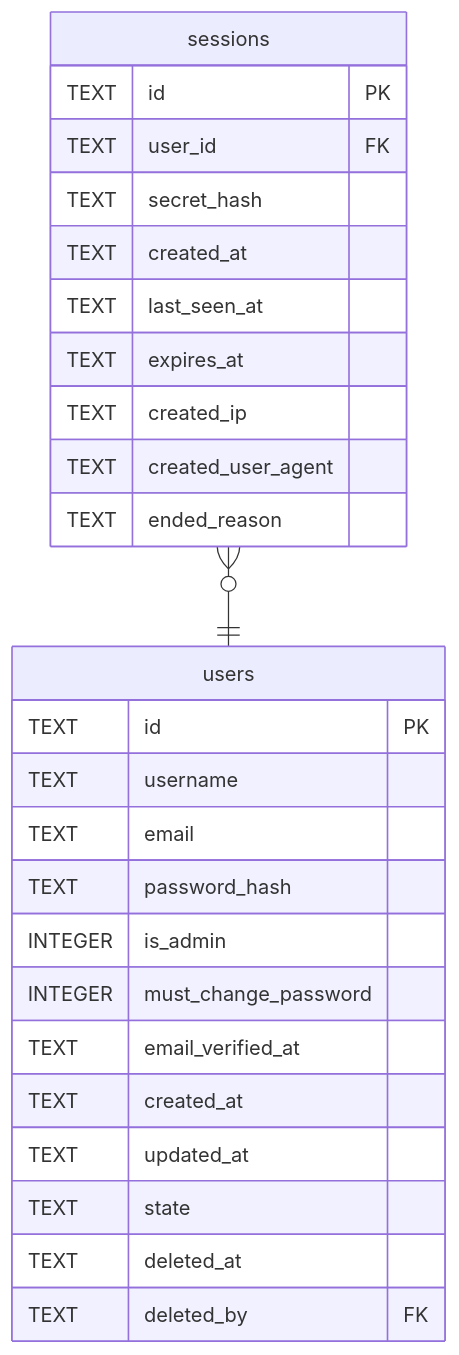
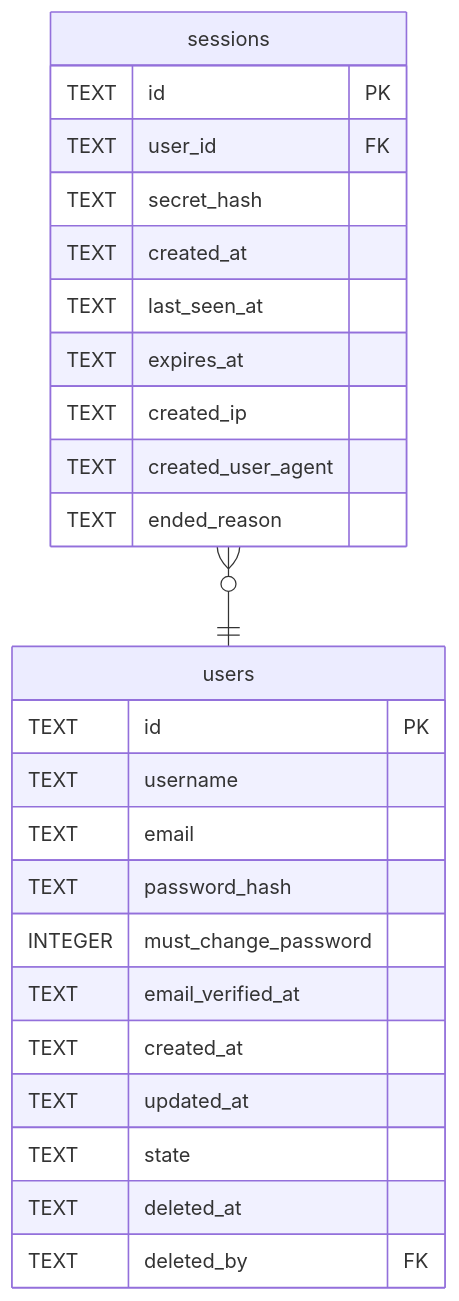
Before and after one commit to Limatura/tessera: the diagram in docs/schema/sessions.md, drawn with Mermaid. The commit also changed 32 other files, not shown here.

````diff
--- a/docs/schema/sessions.md
+++ b/docs/schema/sessions.md
@@ -57,31 +57,30 @@
 ```mermaid
 erDiagram
 
 "sessions" }o--|| "users" : ""
 
 "sessions" {
   TEXT id PK
   TEXT user_id FK
   TEXT secret_hash
   TEXT created_at
   TEXT last_seen_at
   TEXT expires_at
   TEXT created_ip
   TEXT created_user_agent
   TEXT ended_reason
 }
 "users" {
   TEXT id PK
   TEXT username
   TEXT email
   TEXT password_hash
-  INTEGER is_admin
   INTEGER must_change_password
   TEXT email_verified_at
   TEXT created_at
   TEXT updated_at
   TEXT state
   TEXT deleted_at
   TEXT deleted_by FK
 }
 ```
````
